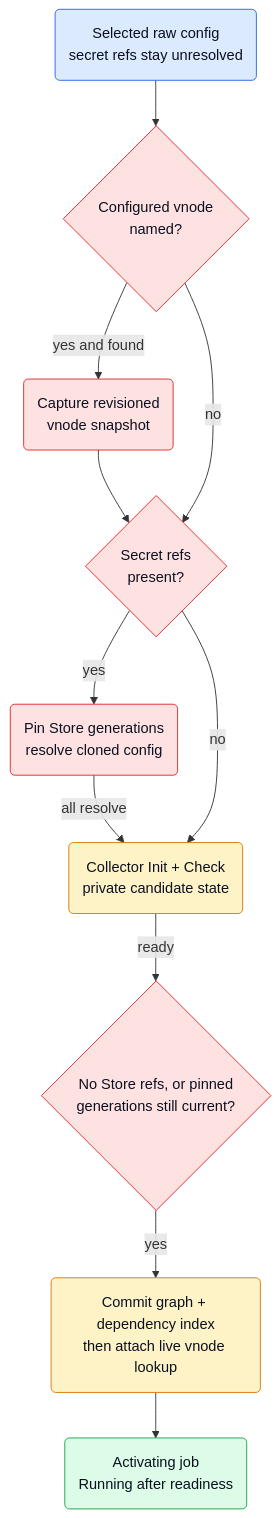
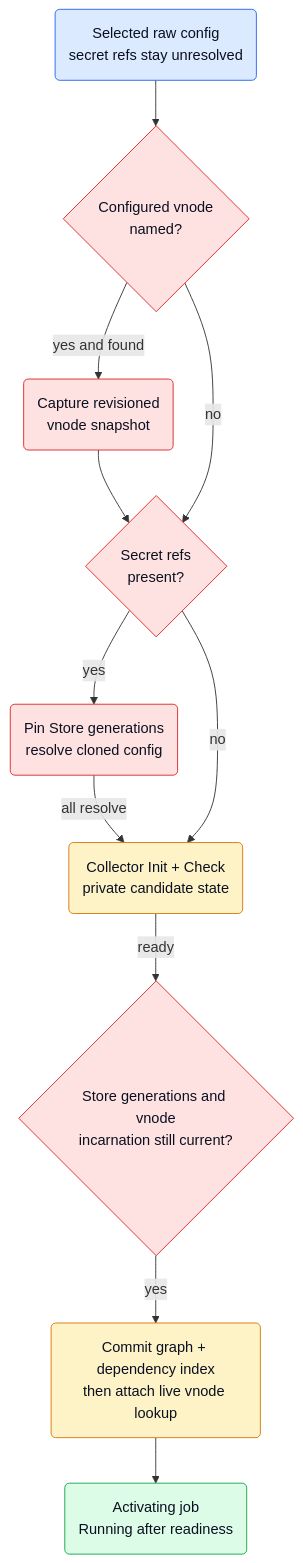
Before and after one commit to netdata/netdata: the ninth of 11 diagrams in src/go/plugin/agent/jobmgr/ARCHITECTURE.md, drawn with Mermaid. The commit also changed other lines of this file and 11 other files, not shown here.

````diff
--- a/src/go/plugin/agent/jobmgr/ARCHITECTURE.md
+++ b/src/go/plugin/agent/jobmgr/ARCHITECTURE.md
@@ -1005,29 +1005,29 @@
 ```mermaid
 flowchart TD
     Raw("Selected raw config<br/>secret refs stay unresolved")
     Vnode{"Configured vnode<br/>named?"}
     Snapshot("Capture revisioned<br/>vnode snapshot")
     Secrets{"Secret refs<br/>present?"}
     Resolve("Pin Store generations<br/>resolve cloned config")
     Check("Collector Init + Check<br/>private candidate state")
-    Fresh{"No Store refs, or pinned<br/>generations still current?"}
+    Fresh{"Store generations and vnode<br/>incarnation still current?"}
     Settle("Commit graph + dependency index<br/>then attach live vnode lookup")
     Run("Activating job<br/>Running after readiness")
 
     Raw --> Vnode
     Vnode -->|"yes and found"| Snapshot --> Secrets
     Vnode -->|"no"| Secrets
     Secrets -->|"yes"| Resolve
     Resolve -->|"all resolve"| Check -->|"ready"| Fresh
     Secrets -->|"no"| Check
     Fresh -->|"yes"| Settle --> Run
 
     classDef cfg fill:#dbeafe,stroke:#2563eb,color:#0b1021;
     classDef dep fill:#fee2e2,stroke:#dc2626,color:#0b1021;
     classDef core fill:#fef3c7,stroke:#d97706,color:#0b1021;
     classDef job fill:#dcfce7,stroke:#16a34a,color:#0b1021;
     class Raw cfg;
     class Vnode,Snapshot,Secrets,Resolve,Fresh dep;
     class Check,Settle core;
     class Run job;
 ```
````
